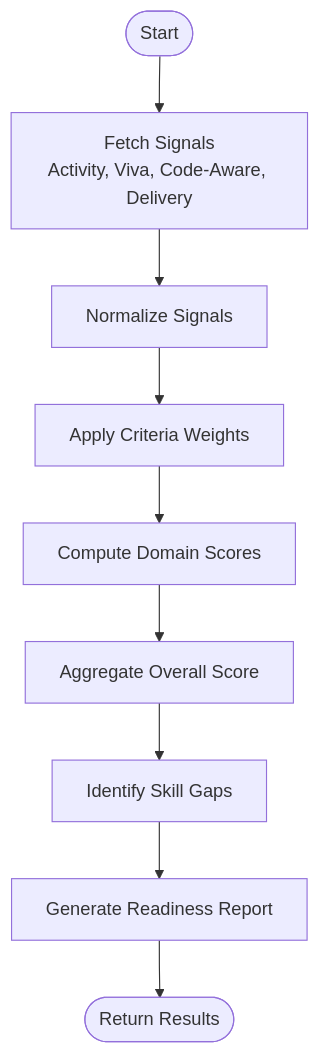
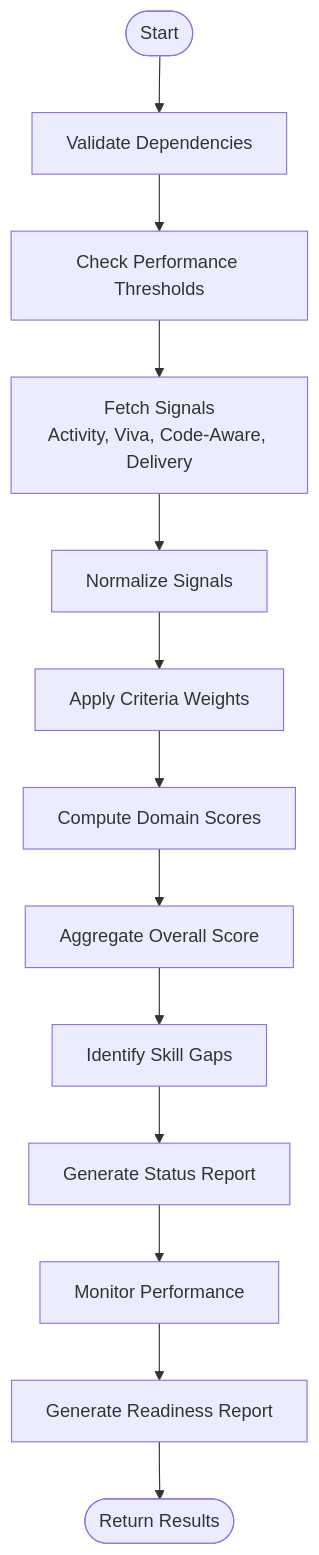
Before and after one commit to KKBAE143/VivAI: the third of 6 diagrams in .qoder/repowiki/en/content/Architecture Overview/Backend Architecture/Service Layer Architecture/Readiness Service.md, drawn with Mermaid. The commit also changed other lines of this file and 133 other files, not shown here.

````diff
--- a/.qoder/repowiki/en/content/Architecture Overview/Backend Architecture/Service Layer Architecture/Readiness Service.md
+++ b/.qoder/repowiki/en/content/Architecture Overview/Backend Architecture/Service Layer Architecture/Readiness Service.md
@@ -187,11 +232,15 @@
 ```mermaid
 flowchart TD
-Start(["Start"]) --> FetchSignals["Fetch Signals<br/>Activity, Viva, Code-Aware, Delivery"]
+Start(["Start"]) --> Validate["Validate Dependencies"]
+Validate --> CheckPerf["Check Performance Thresholds"]
+CheckPerf --> FetchSignals["Fetch Signals<br/>Activity, Viva, Code-Aware, Delivery"]
 FetchSignals --> Normalize["Normalize Signals"]
 Normalize --> ApplyWeights["Apply Criteria Weights"]
 ApplyWeights --> DomainScores["Compute Domain Scores"]
 DomainScores --> Aggregate["Aggregate Overall Score"]
 Aggregate --> GapAnalysis["Identify Skill Gaps"]
-GapAnalysis --> ReportGen["Generate Readiness Report"]
+GapAnalysis --> StatusReport["Generate Status Report"]
+StatusReport --> PerfMonitor["Monitor Performance"]
+PerfMonitor --> ReportGen["Generate Readiness Report"]
 ReportGen --> End(["Return Results"])
 ```
````
